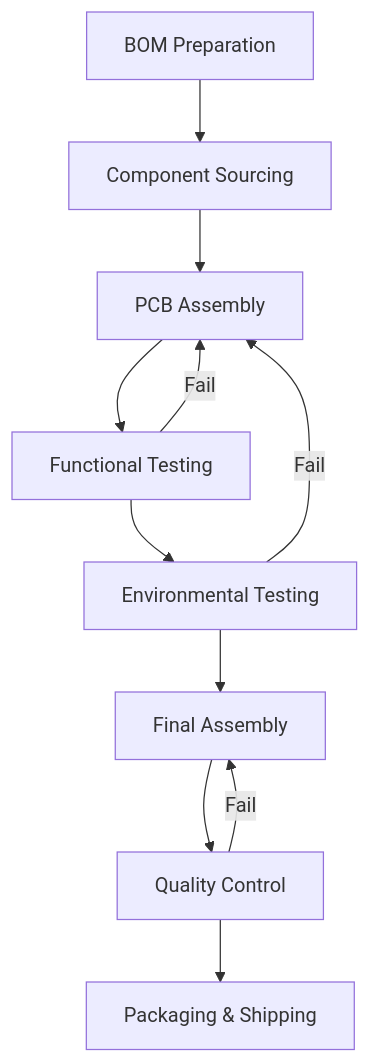
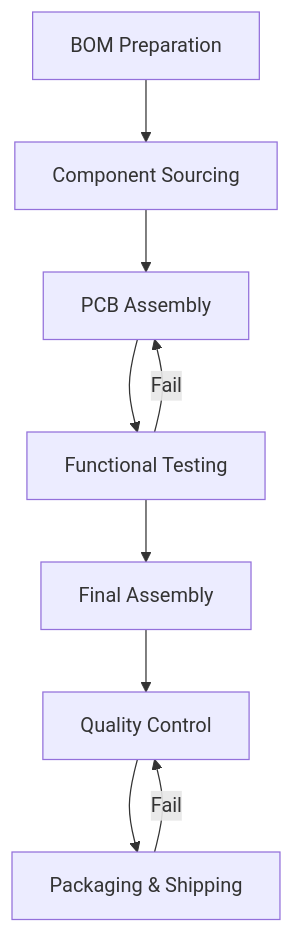
One commit to arribada/developer_portal changed the second of 3 diagrams in docs/quality/quality-manual.md. Above: the diagram before and after it, drawn with Mermaid. The commit also changed other lines of this file and 1 other file, not shown here.

````diff
--- a/docs/quality/quality-manual.md
+++ b/docs/quality/quality-manual.md
@@ -121,14 +121,12 @@
 ```mermaid
 graph TD
     A[BOM Preparation] --> B[Component Sourcing]
     B --> C[PCB Assembly]
     C --> D[Functional Testing]
-    D --> E[Environmental Testing]
-    E --> F[Final Assembly]
-    F --> G[Quality Control]
-    G --> H[Packaging & Shipping]
+    D --> E[Final Assembly]
+    E --> F[Quality Control]
+    F --> G[Packaging & Shipping]
     
     D -->|Fail| C
-    E -->|Fail| C
     G -->|Fail| F
 ```
````
